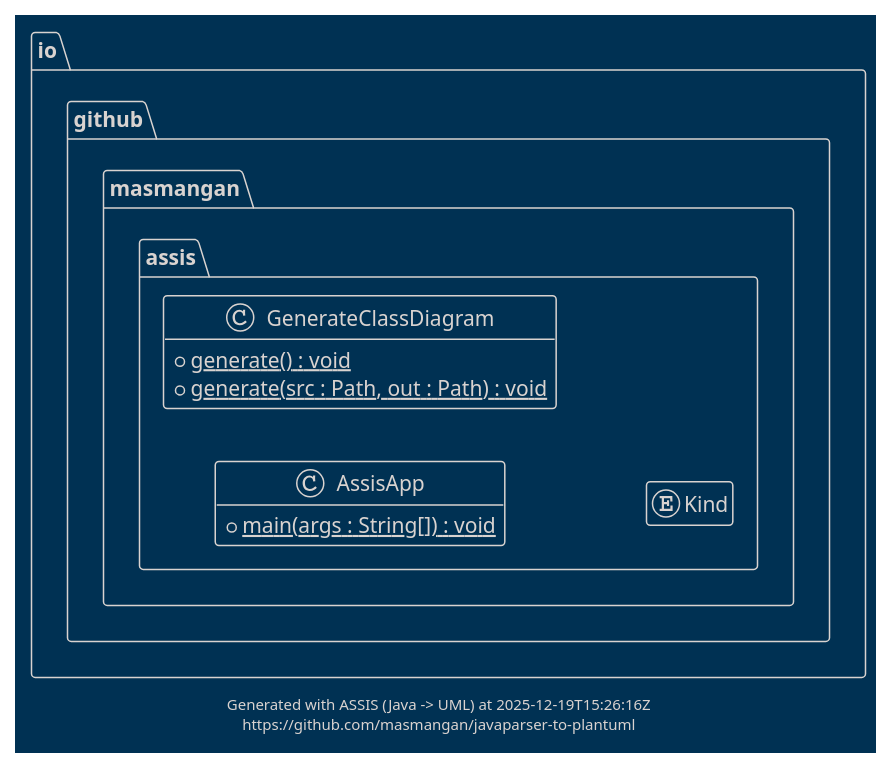
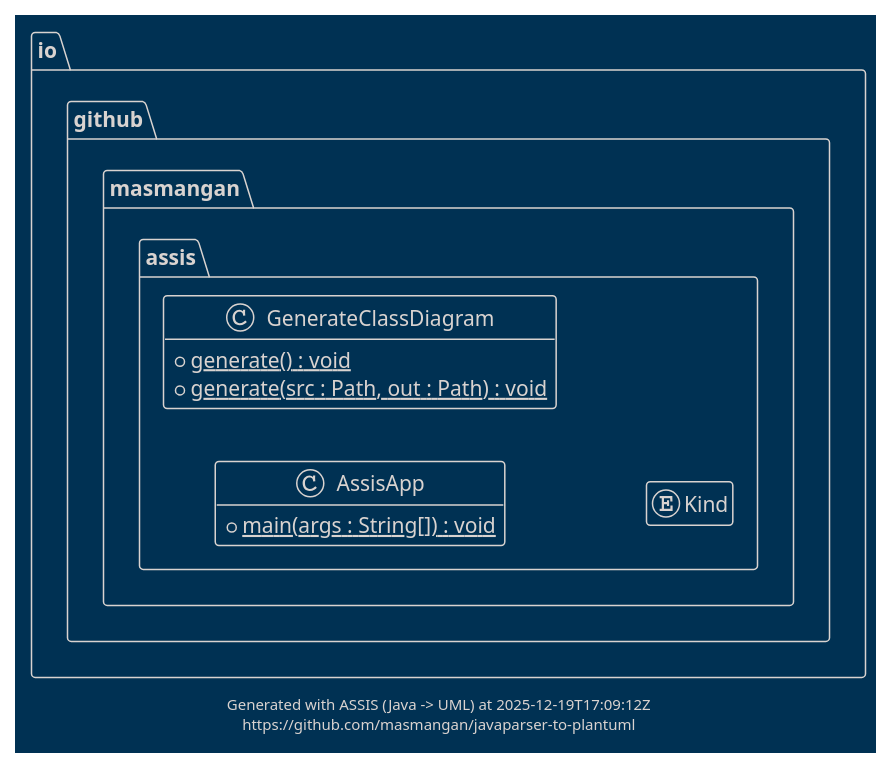
One commit to masmangan/assis changed the diagram in docs/uml/class-diagram.puml. Above: the diagram before and after it, drawn with PlantUML. The commit also changed 1 other file, not shown here.

```diff
--- a/docs/uml/class-diagram.puml
+++ b/docs/uml/class-diagram.puml
@@ -1,23 +1,23 @@
 @startuml class-diagram
 hide empty members
 !theme blueprint
 package "io.github.masmangan.assis" {
 class AssisApp{
   + main(args : String[]) : void {static}
 }
 class GenerateClassDiagram{
   + generate() : void {static}
   + generate(src : Path, out : Path) : void {static}
 }
 enum Kind {
 }
 }
 
 left to right direction
 
 center footer
-Generated with ASSIS (Java -> UML) at 2025-12-19T15:26:16Z
+Generated with ASSIS (Java -> UML) at 2025-12-19T17:09:12Z
 https://github.com/masmangan/javaparser-to-plantuml
 end footer
 
 @enduml
```
